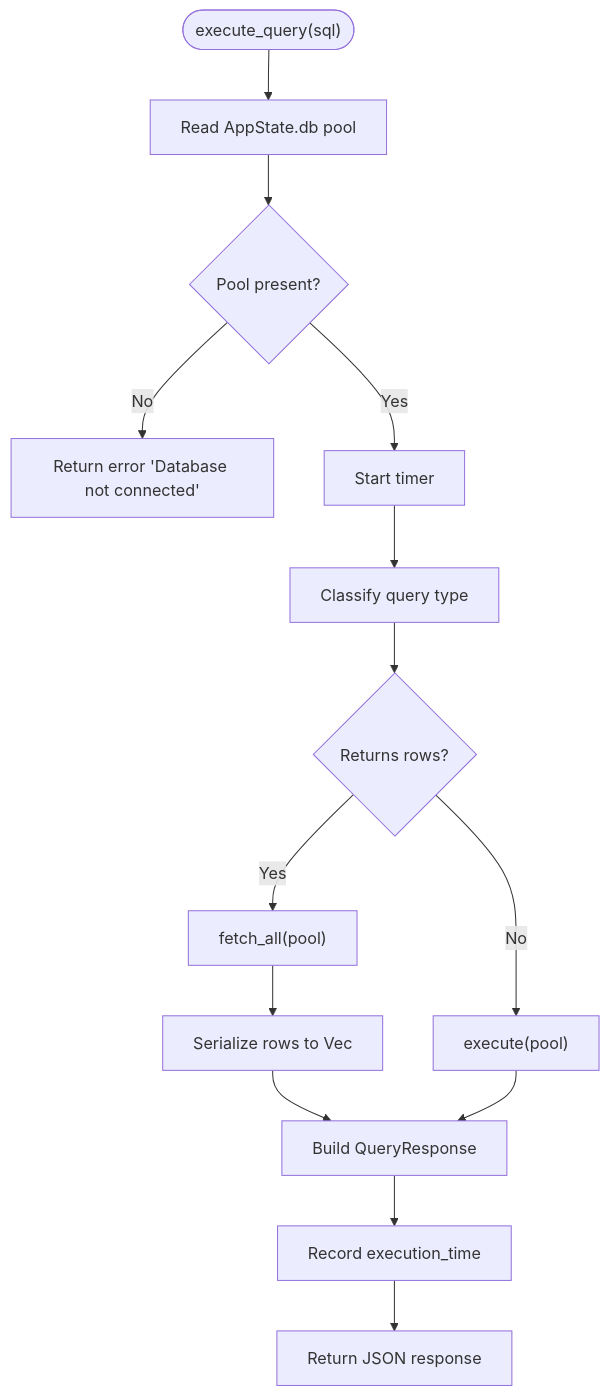
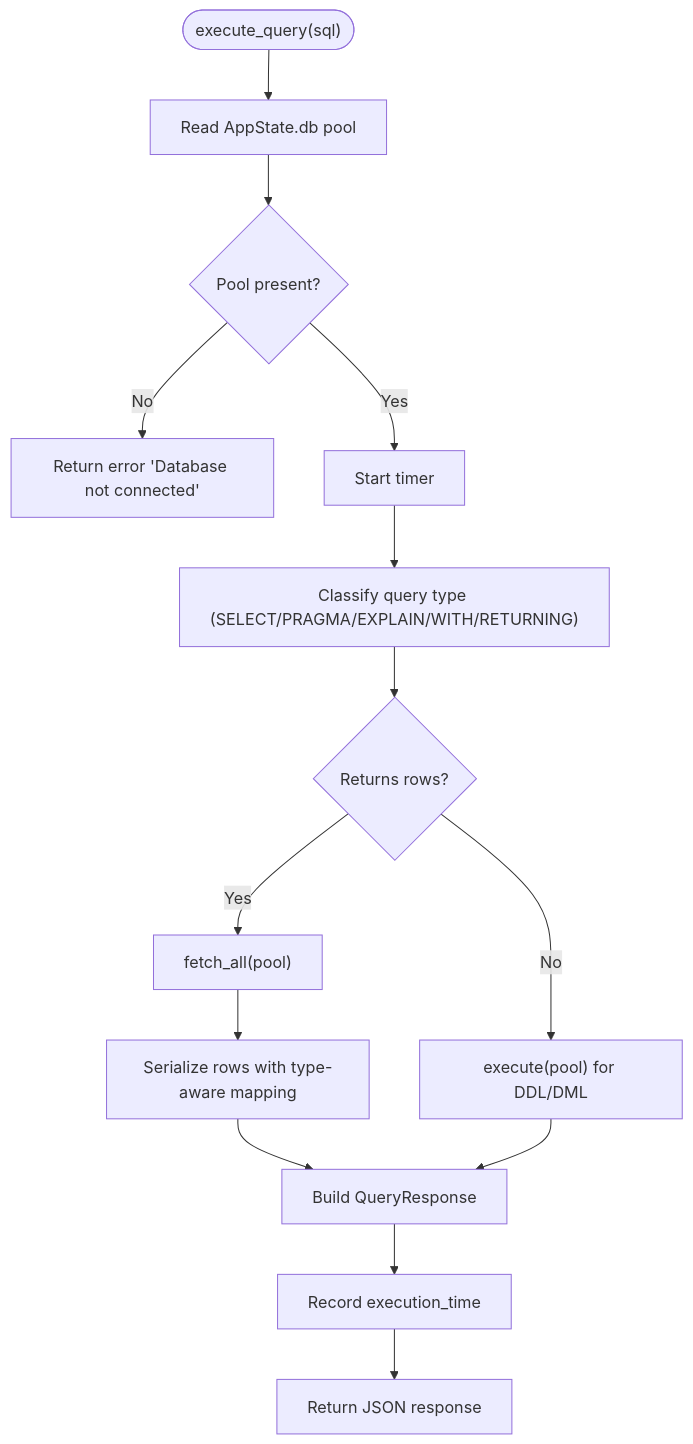
One commit to sutanto1010/crablite changed the sixth of 10 diagrams in .qoder/repowiki/en/content/Architecture & Design.md. Above: the diagram before and after it, drawn with Mermaid. The commit also changed other lines of this file and 7 other files, not shown here.

First line of the commit message:
docs(architecture): update detailed system architecture and documentation

````diff
--- a/.qoder/repowiki/en/content/Architecture & Design.md
+++ b/.qoder/repowiki/en/content/Architecture & Design.md
@@ -246,16 +259,16 @@
 ```mermaid
 flowchart TD
 Start(["execute_query(sql)"]) --> GetPool["Read AppState.db pool"]
 GetPool --> NoPool{"Pool present?"}
 NoPool --> |No| ErrNoConn["Return error 'Database not connected'"]
 NoPool --> |Yes| TimeStart["Start timer"]
-TimeStart --> Classify["Classify query type"]
+TimeStart --> Classify["Classify query type (SELECT/PRAGMA/EXPLAIN/WITH/RETURNING)"]
 Classify --> ReturnRows{"Returns rows?"}
 ReturnRows --> |Yes| FetchAll["fetch_all(pool)"]
-FetchAll --> MapRows["Serialize rows to Vec<Value>"]
+FetchAll --> MapRows["Serialize rows with type-aware mapping"]
 MapRows --> BuildResp["Build QueryResponse"]
-ReturnRows --> |No| ExecOnly["execute(pool)"]
+ReturnRows --> |No| ExecOnly["execute(pool) for DDL/DML"]
 ExecOnly --> BuildResp
 BuildResp --> TimeEnd["Record execution_time"]
 TimeEnd --> ReturnResp["Return JSON response"]
 ```
````
